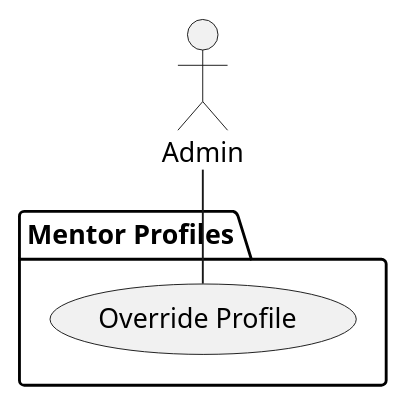
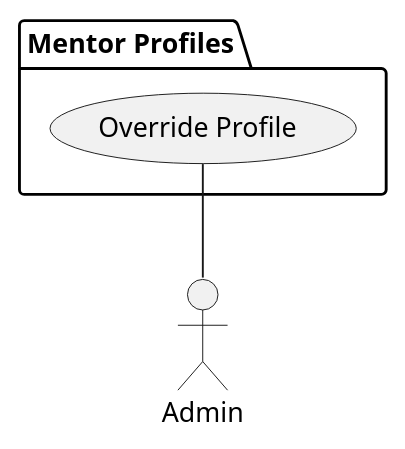
The diagram in Use Cases/OverrideProfile.iuml (bmb0136/COMP-3700-Project), drawn with PlantUML before and after one commit. The commit also changed 13 other files, not shown here.

Commit message:
Fix formatting in main diagram

```diff
--- a/Use Cases/OverrideProfile.iuml
+++ b/Use Cases/OverrideProfile.iuml
@@ -1,7 +1,7 @@
 @startuml OverrideProfile
 actor :Admin:
 package "Mentor Profiles" {
   (Override Profile) as OverProf
 }
-Admin -- OverProf
+Admin -up- OverProf
 @enduml
```
